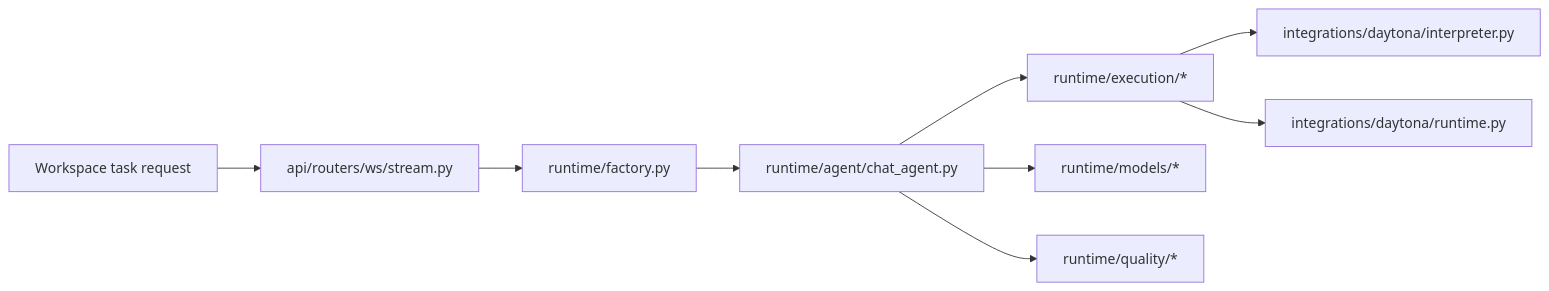
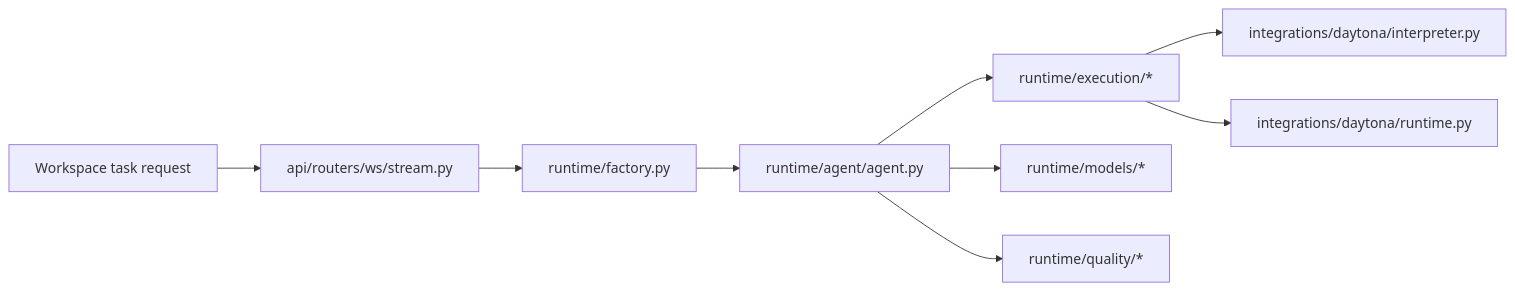
The second of 3 diagrams in docs/reference/module-map.md (Qredence/fleet-rlm), drawn with Mermaid before and after one commit. The commit also changed other lines of this file and 9 other files, not shown here.

Commit message:
refactor: rename RLMReActChatAgent to FleetAgent and update related documentation

````diff
--- a/docs/reference/module-map.md
+++ b/docs/reference/module-map.md
@@ -33,11 +33,11 @@
 ```mermaid
 graph LR
     REQUEST["Workspace task request"] --> STREAM["api/routers/ws/stream.py"]
     STREAM --> AGENT["runtime/factory.py"]
-    AGENT --> CHAT["runtime/agent/chat_agent.py"]
+    AGENT --> CHAT["runtime/agent/agent.py"]
     CHAT --> EXEC["runtime/execution/*"]
     EXEC --> DAYTONA_INTERPRETER["integrations/daytona/interpreter.py"]
     EXEC --> DAYTONA_RUNTIME["integrations/daytona/runtime.py"]
     CHAT --> MODELS["runtime/models/*"]
     CHAT --> QUALITY["runtime/quality/*"]
 ```
````
